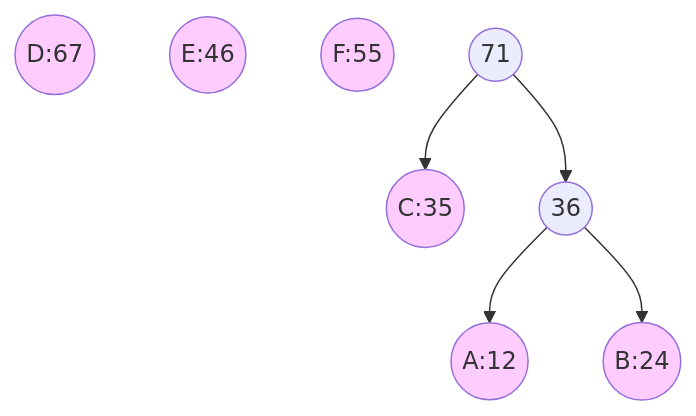
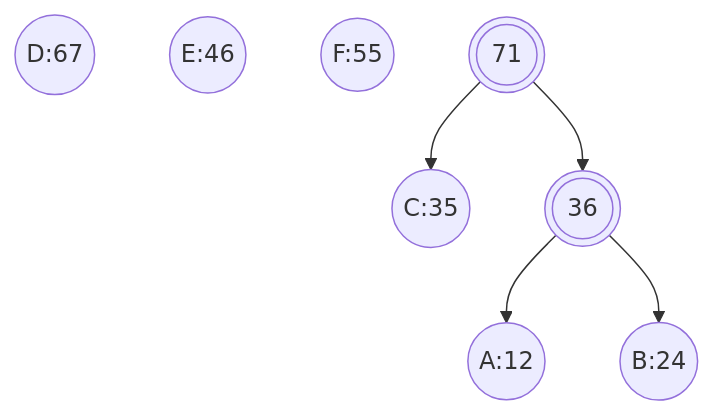
One commit to dmjcb/dmjcb.github.io changed the third of 7 diagrams in _posts/DataStructure/Tree/BinaryTree/2020-01-16-哈夫曼树.md. Above: the diagram before and after it, drawn with Mermaid. The commit also changed other lines of this file and 78 other files, not shown here.

Commit message:
更新git部分图片;添加工作台图片

````diff
--- a/_posts/DataStructure/Tree/BinaryTree/2020-01-16-哈夫曼树.md
+++ b/_posts/DataStructure/Tree/BinaryTree/2020-01-16-哈夫曼树.md
@@ -49,17 +45,15 @@
 ```mermaid
 graph TB
-    C((C:35)):::Style
-    D((D:67)):::Style
-    E((E:46)):::Style
-    F((F:55)):::Style
+    C((C:35))
+    D((D:67))
+    E((E:46))
+    F((F:55))
 
-    Y((71))
-    X((36)) 
+    Y(((71)))
+    X(((36))) 
 
     Y --> X
-    Y --> C((C:35)):::Style
-    X --> A((A:12)):::Style
-    X --> B((B:24)):::Style
-
-    classDef Style fill:#FFCCFF
+    Y --> C((C:35))
+    X --> A((A:12))
+    X --> B((B:24))
 ```
````
